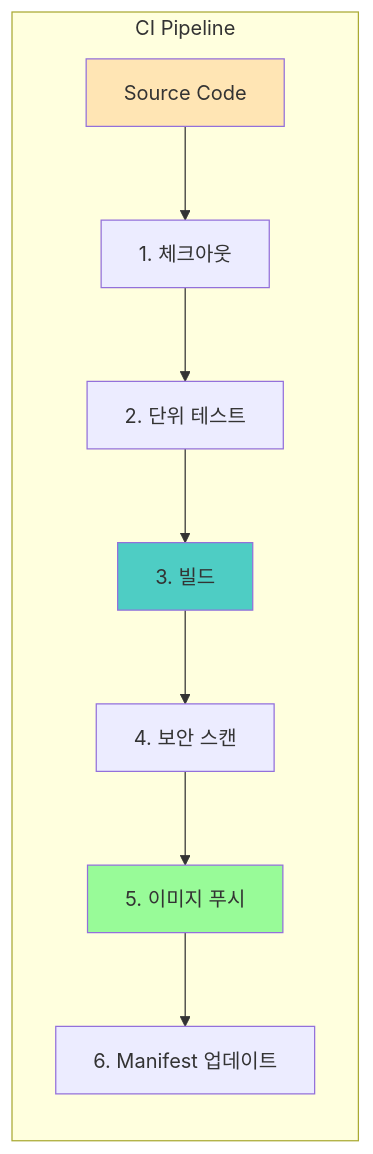
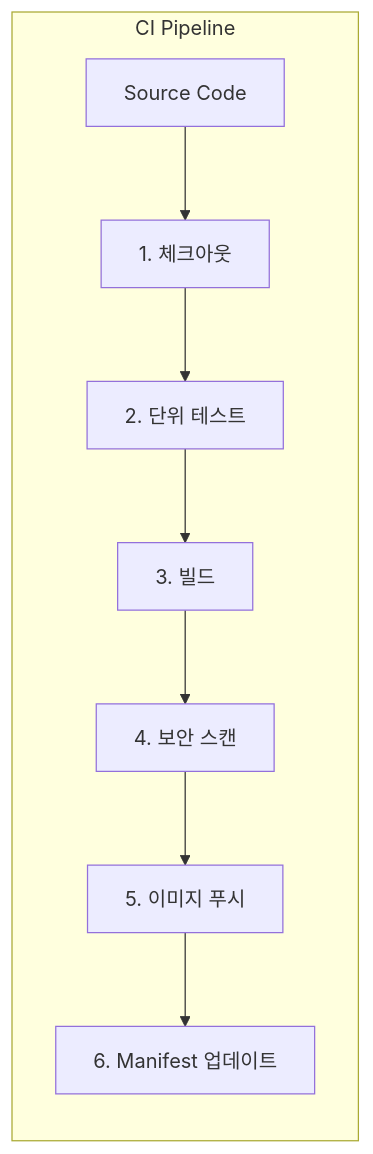
Before and after one commit to juwon8891/juwon8891.github.io: diagram 16 of 41 in docs/cicd/week1-image-build.md, drawn with Mermaid. The commit also changed other lines of this file and 18 other files, not shown here.

Commit message:
Remove bright colors from Mermaid diagrams for dark mode compatibility

````diff
--- a/docs/cicd/week1-image-build.md
+++ b/docs/cicd/week1-image-build.md
@@ -1031,15 +993,12 @@
 ```mermaid
 flowchart LR
     subgraph "CI Pipeline"
         CODE[Source Code] --> CHECKOUT[1. 체크아웃]
         CHECKOUT --> TEST[2. 단위 테스트]
         TEST --> BUILD[3. 빌드]
         BUILD --> SCAN[4. 보안 스캔]
         SCAN --> PUSH[5. 이미지 푸시]
         PUSH --> UPDATE[6. Manifest 업데이트]
 
-        style CODE fill:#FFE5B4
-        style BUILD fill:#4ECDC4
-        style PUSH fill:#98FB98
     end
 ```
````
